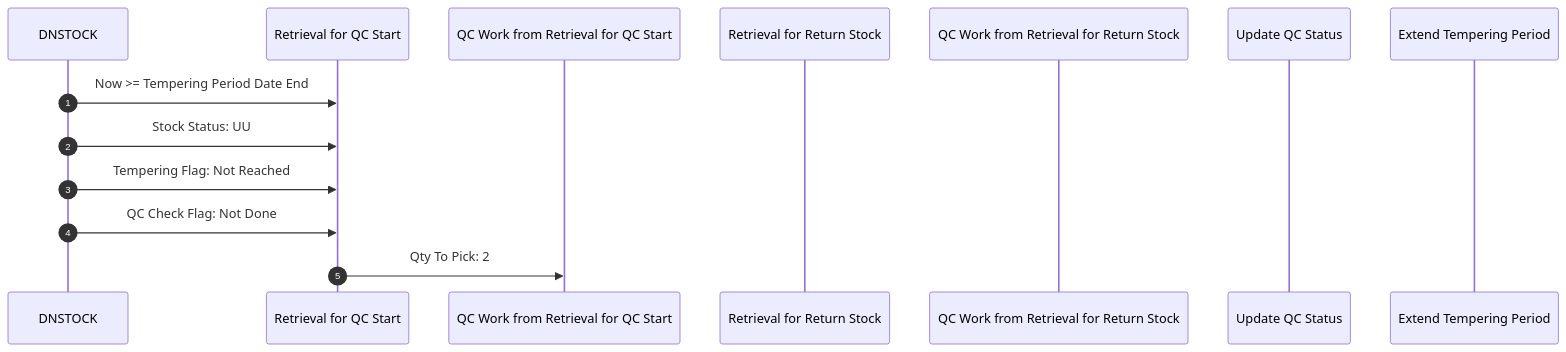
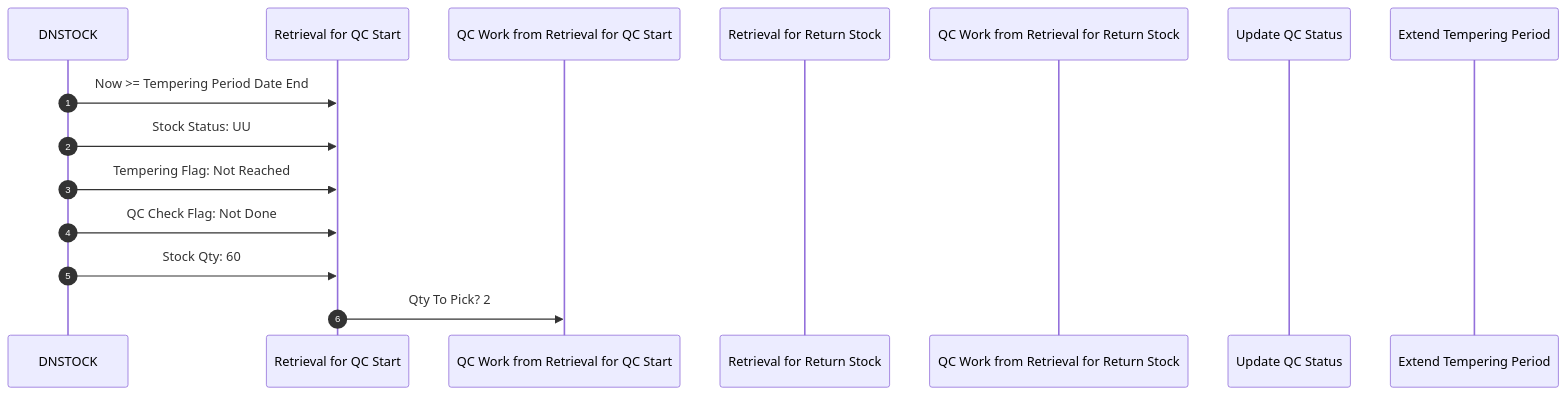
Before and after one commit to luthfiadityaa/SimeDarby-Wiki: the diagram in Basic-Design/DFD-WMS/Retrieval/QC-Setting.md, drawn with Mermaid.

Commit message:
Updated QC Setting

```diff
--- a/Basic-Design/DFD-WMS/Retrieval/QC-Setting.md
+++ b/Basic-Design/DFD-WMS/Retrieval/QC-Setting.md
@@ -11,23 +11,24 @@
 ::: mermaid
 sequenceDiagram
     autonumber
 
     participant DNSTOCK
     participant Retrieval for QC Start
     participant QC Work from Retrieval for QC Start
     participant Retrieval for Return Stock
     participant QC Work from Retrieval for Return Stock
     participant Update QC Status
     participant Extend Tempering Period
 
     %% --- 1. Tempering Periods Passed ---
     DNSTOCK ->> Retrieval for QC Start: Now >= Tempering Period Date End
     DNSTOCK ->> Retrieval for QC Start: Stock Status: UU  
     DNSTOCK ->> Retrieval for QC Start: Tempering Flag: Not Reached 
     DNSTOCK ->> Retrieval for QC Start: QC Check Flag: Not Done
+    DNSTOCK ->> Retrieval for QC Start: Stock Qty: 60
 
     %% --- 2. Tempering Periods Passed ---
-    Retrieval for QC Start ->> QC Work from Retrieval for QC Start: Qty To Pick: 2
+    Retrieval for QC Start ->> QC Work from Retrieval for QC Start: Qty To Pick?  2
 
 
 :::
```
